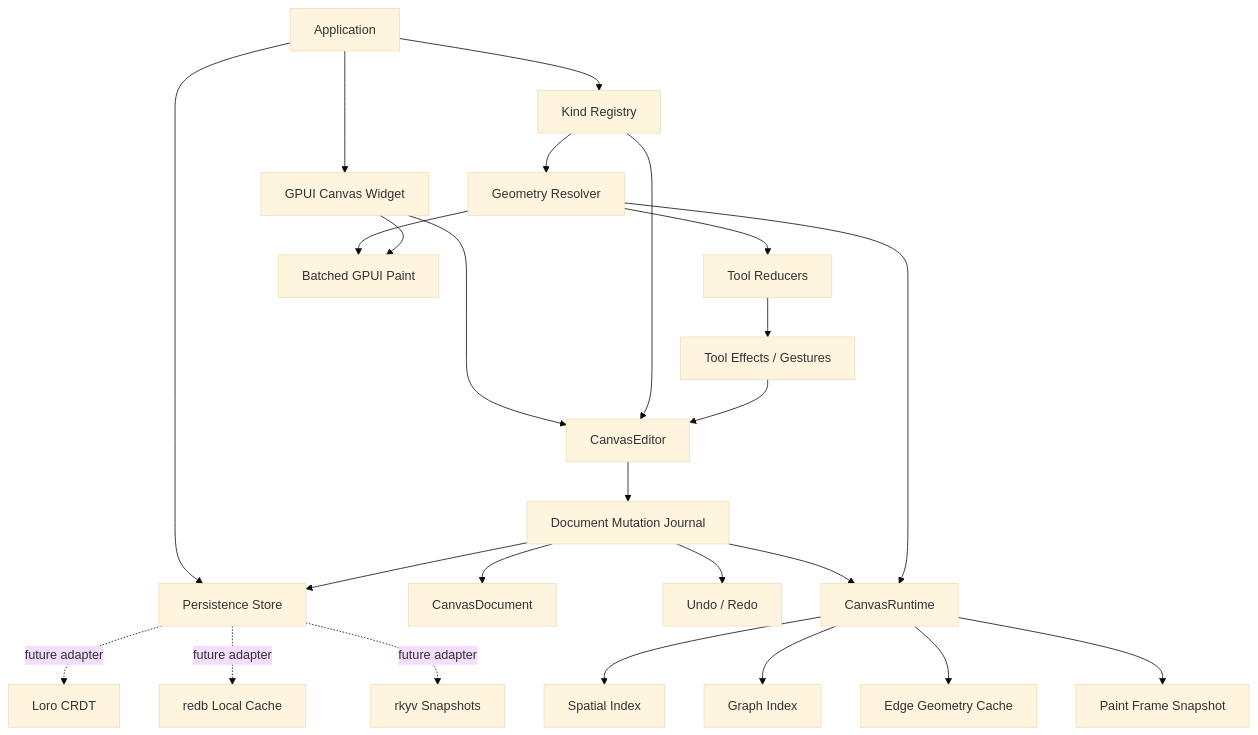
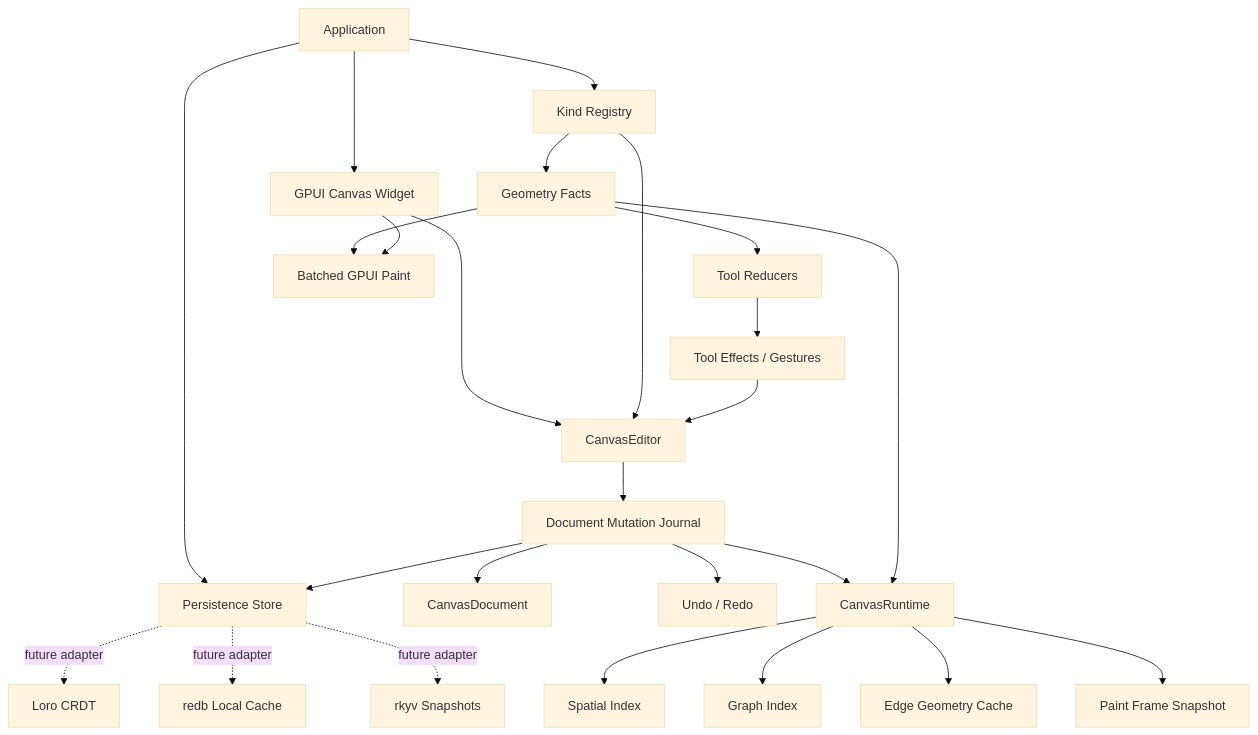
The diagram in docs/adr/0002-open-gpui-canvas-architecture.md (Latias94/open-gpui), drawn with Mermaid (base theme) before and after one commit. The commit also changed other lines of this file and 13 other files, not shown here.

````diff
--- a/docs/adr/0002-open-gpui-canvas-architecture.md
+++ b/docs/adr/0002-open-gpui-canvas-architecture.md
@@ -166,27 +166,27 @@
 ```mermaid
 flowchart TD
     App[Application] --> Widget[GPUI Canvas Widget]
     Widget --> Editor[CanvasEditor]
     App --> Store[Persistence Store]
     App --> Registry[Kind Registry]
     Registry --> Editor
-    Registry --> Geometry[Geometry Resolver]
+    Registry --> Geometry[Geometry Facts]
     Tools[Tool Reducers] --> Effects[Tool Effects / Gestures]
     Effects --> Editor
     Editor --> Journal[Document Mutation Journal]
     Journal --> Doc[CanvasDocument]
     Journal --> History[Undo / Redo]
     Journal --> Store
     Journal --> Runtime[CanvasRuntime]
     Runtime --> Spatial[Spatial Index]
     Runtime --> Graph[Graph Index]
     Runtime --> Routes[Edge Geometry Cache]
     Runtime --> Frame[Paint Frame Snapshot]
     Geometry --> Runtime
     Geometry --> Tools
     Geometry --> Paint[Batched GPUI Paint]
     Widget --> Paint
     Store -.future adapter.-> Loro[Loro CRDT]
     Store -.future adapter.-> Redb[redb Local Cache]
     Store -.future adapter.-> Rkyv[rkyv Snapshots]
 ```
````
